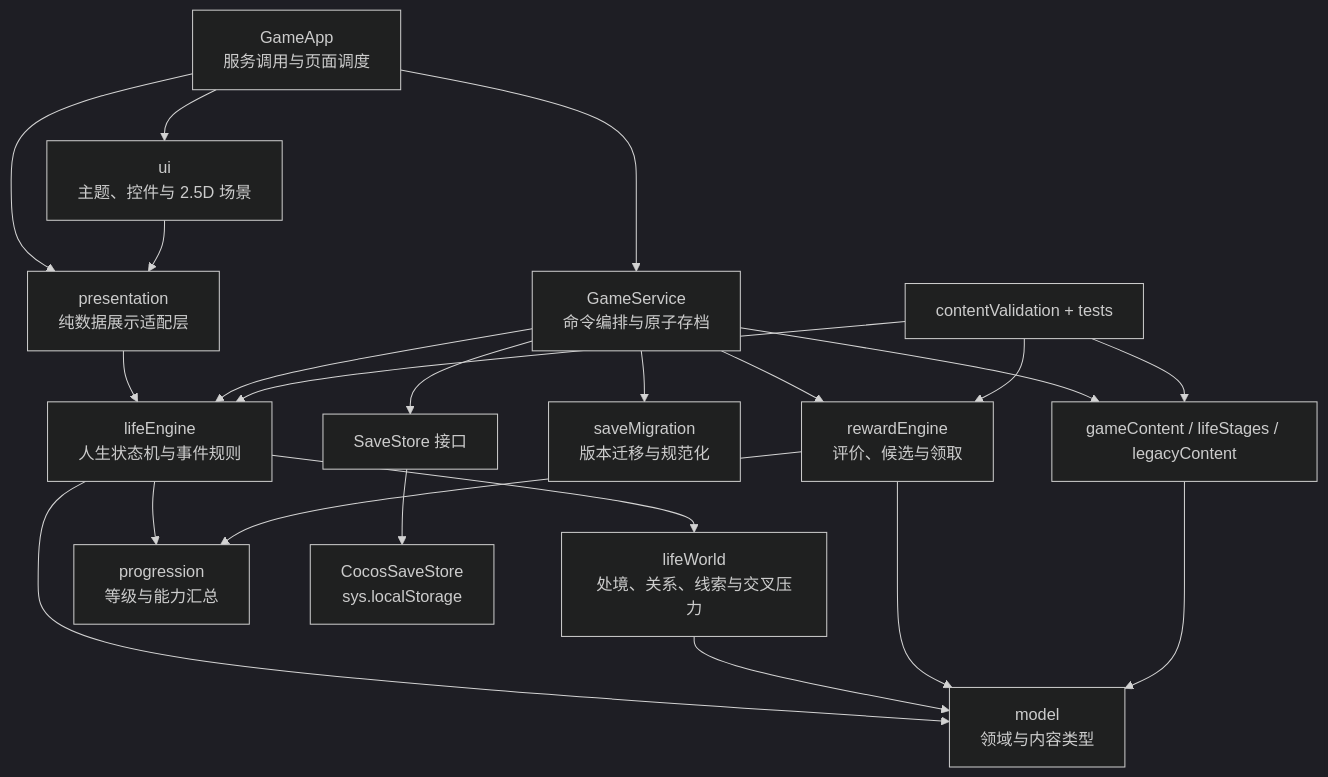
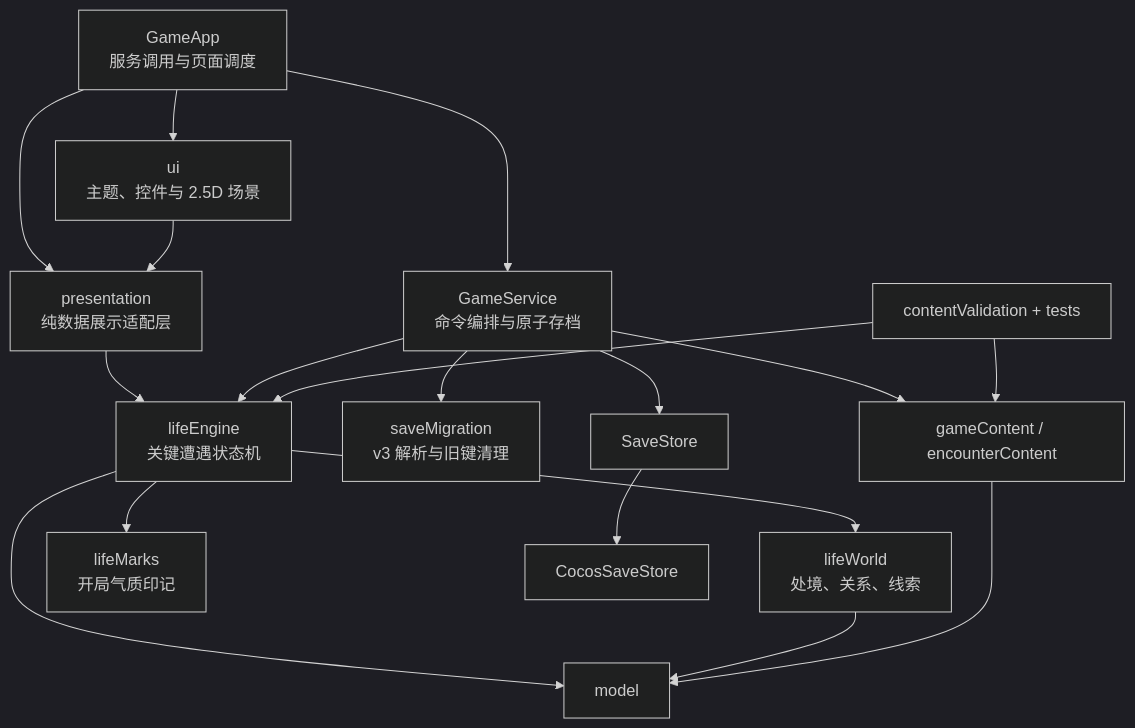
One commit to lemon08x/reincarnation-life changed the second of 2 diagrams in Game_Design.md. Above: the diagram before and after it, drawn with Mermaid (dark theme). The commit also changed other lines of this file and 31 other files, not shown here.

````diff
--- a/Game_Design.md
+++ b/Game_Design.md
@@ -225,24 +138,20 @@
 ```mermaid
 flowchart TB
     UI[GameApp<br/>服务调用与页面调度] --> APP[GameService<br/>命令编排与原子存档]
     UI --> PRES[presentation<br/>纯数据展示适配层]
     UI --> KIT[ui<br/>主题、控件与 2.5D 场景]
     KIT --> PRES
-    PRES --> LIFE[lifeEngine<br/>人生状态机与事件规则]
+    PRES --> LIFE[lifeEngine<br/>关键遭遇状态机]
     APP --> LIFE
-    APP --> REWARD[rewardEngine<br/>评价、候选与领取]
-    LIFE --> WORLD[lifeWorld<br/>处境、关系、线索与交叉压力]
-    LIFE --> RULES[progression<br/>等级与能力汇总]
-    REWARD --> RULES
-    LIFE --> MODEL[model<br/>领域与内容类型]
+    LIFE --> WORLD[lifeWorld<br/>处境、关系、线索]
+    LIFE --> MARKS[lifeMarks<br/>开局气质印记]
+    LIFE --> MODEL[model]
     WORLD --> MODEL
-    REWARD --> MODEL
-    APP --> MIGRATION[saveMigration<br/>版本迁移与规范化]
-    APP --> CONTENT[gameContent / lifeStages / legacyContent]
+    APP --> SAVE[saveMigration<br/>v3 解析与旧键清理]
+    APP --> CONTENT[gameContent / encounterContent]
     CONTENT --> MODEL
-    APP --> STORE[SaveStore 接口]
-    STORE --> COCOS[CocosSaveStore<br/>sys.localStorage]
+    APP --> STORE[SaveStore]
+    STORE --> COCOS[CocosSaveStore]
     VALIDATE[contentValidation + tests] --> LIFE
-    VALIDATE --> REWARD
     VALIDATE --> CONTENT
 ```
````
